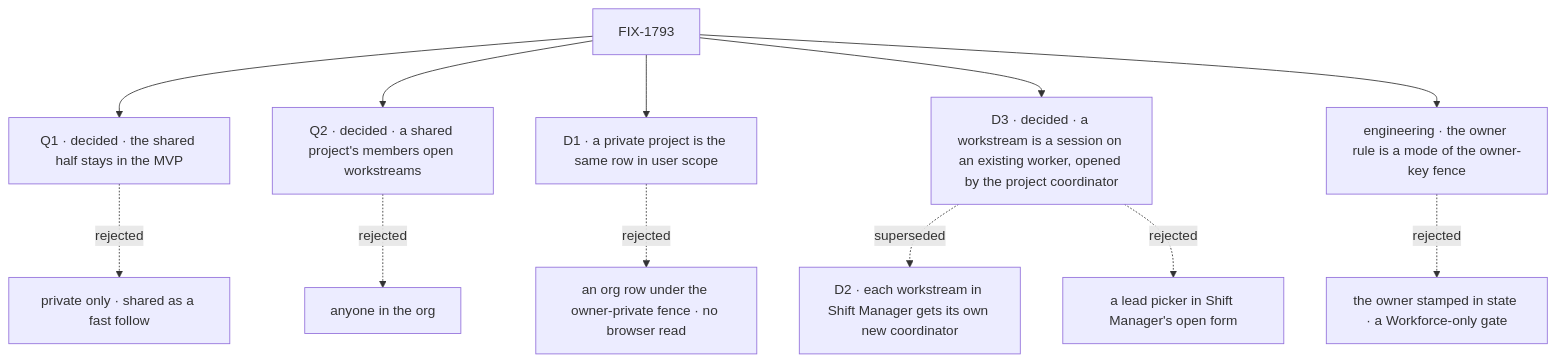
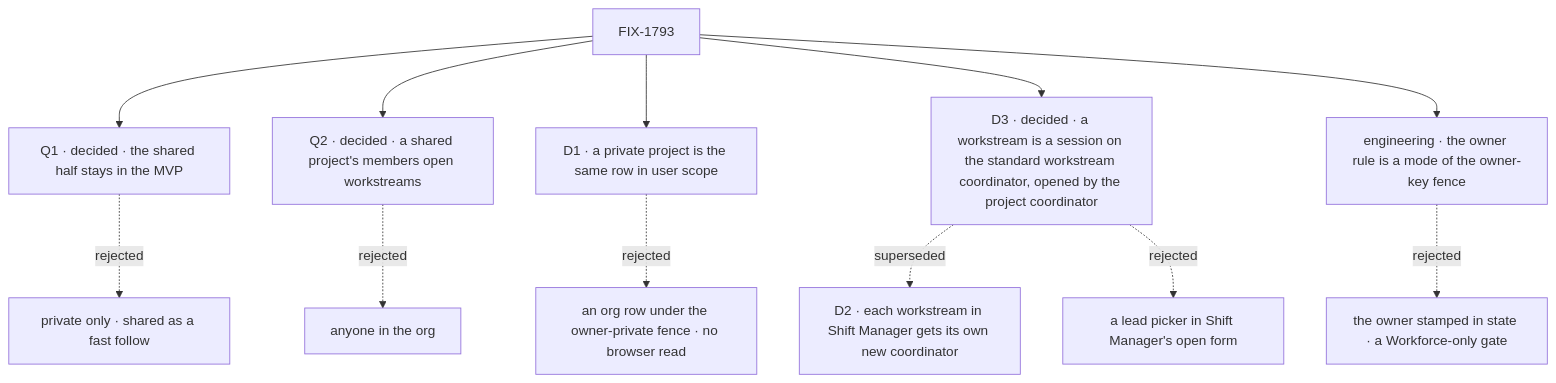
The diagram in specs/issues/FIX-1793/DECISIONS.md (fixpoint-labs/flow-state-dev), drawn with Mermaid before and after one commit. The commit also changed other lines of this file and 5 other files, not shown here.

First line of the commit message:
spec(FIX-1793): the standard workstream coordinator leads every workstream (D3)

````diff
--- a/specs/issues/FIX-1793/DECISIONS.md
+++ b/specs/issues/FIX-1793/DECISIONS.md
@@ -16,14 +16,14 @@
 ```mermaid
 flowchart TD
   I["FIX-1793"] --> Q1["Q1 · decided · the shared half stays in the MVP"]
   Q1 -.->|"rejected"| XQ1["private only · shared as a fast follow"]
   I --> Q2["Q2 · decided · a shared project's members open workstreams"]
   Q2 -.->|"rejected"| XQ2["anyone in the org"]
   I --> D1["D1 · a private project is the same row in user scope"]
   D1 -.->|"rejected"| X1["an org row under the owner-private fence · no browser read"]
-  I --> D3["D3 · decided · a workstream is a session on an existing worker, opened by the project coordinator"]
+  I --> D3["D3 · decided · a workstream is a session on the standard workstream coordinator, opened by the project coordinator"]
   D3 -.->|"superseded"| D2["D2 · each workstream in Shift Manager gets its own new coordinator"]
   D3 -.->|"rejected"| X3["a lead picker in Shift Manager's open form"]
   I --> E1["engineering · the owner rule is a mode of the owner-key fence"]
   E1 -.->|"rejected"| XE1["the owner stamped in state · a Workforce-only gate"]
 ```
````
